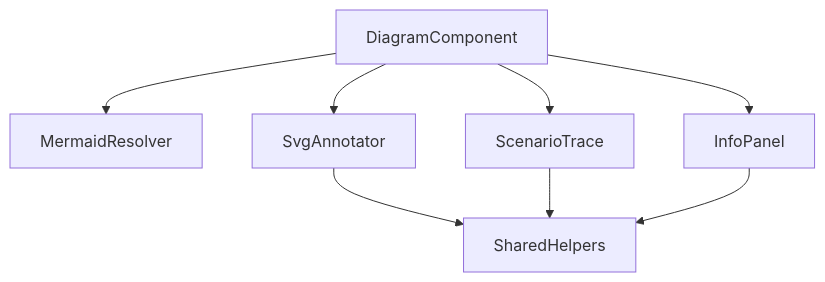
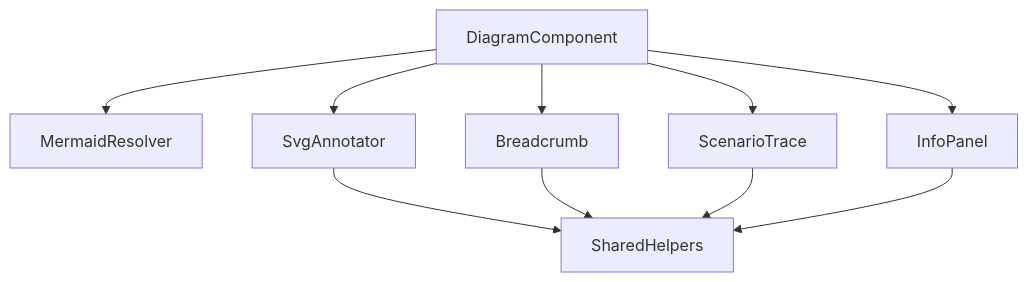
One commit to thibaudnavarre/docdive changed the diagram in docs/architecture/docdive-element.md. Above: the diagram before and after it, drawn with Mermaid. The commit also changed other lines of this file and 3 other files, not shown here.

````diff
--- a/docs/architecture/docdive-element.md
+++ b/docs/architecture/docdive-element.md
@@ -11,10 +11,12 @@
 ```mermaid
 flowchart TD
   DiagramComponent --> MermaidResolver
   DiagramComponent --> SvgAnnotator
   DiagramComponent --> InfoPanel
+  DiagramComponent --> Breadcrumb
   DiagramComponent --> ScenarioTrace
   SvgAnnotator --> SharedHelpers
+  Breadcrumb --> SharedHelpers
   ScenarioTrace --> SharedHelpers
   InfoPanel --> SharedHelpers
 ```
````
